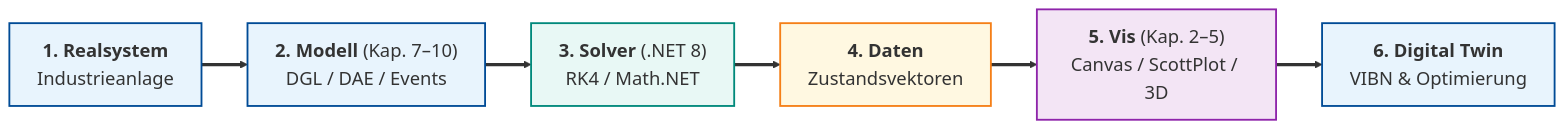
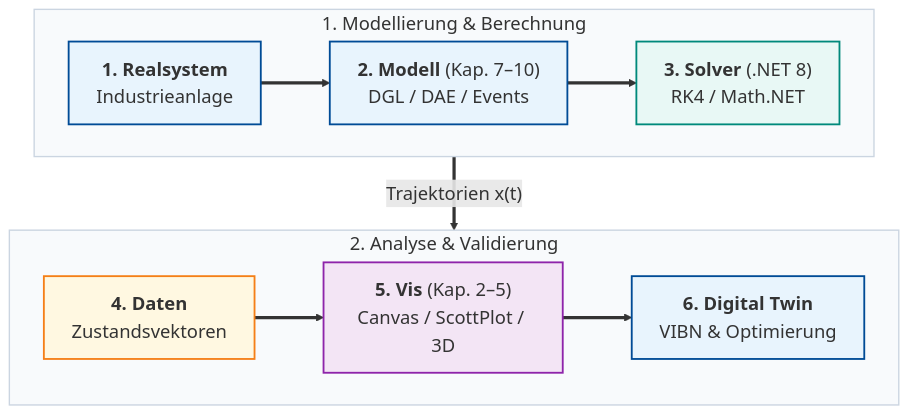
One commit to ghackenberg/kurs-computer-simulation changed the diagram in Folien/11_Epilog/Diagramme/Simulationsprozess_Synthese.mmd. Above: the diagram before and after it, drawn with Mermaid. The commit also changed 38 other files, not shown here.

```diff
--- a/Folien/11_Epilog/Diagramme/Simulationsprozess_Synthese.mmd
+++ b/Folien/11_Epilog/Diagramme/Simulationsprozess_Synthese.mmd
@@ -1,11 +1,22 @@
 %%{init: {'themeVariables': {'fontSize': '20px'}}}%%
-flowchart LR
-    R["<b>1. Realsystem</b><br/>Industrieanlage"] ==> M["<b>2. Modell</b> (Kap. 7–10)<br/>DGL / DAE / Events"] ==> S["<b>3. Solver</b> (.NET 8)<br/>RK4 / Math.NET"]
-    S ==> D["<b>4. Daten</b><br/>Zustandsvektoren"] ==> V["<b>5. Vis</b> (Kap. 2–5)<br/>Canvas / ScottPlot / 3D"] ==> Z["<b>6. Digital Twin</b><br/>VIBN & Optimierung"]
+flowchart TD
+    subgraph Stufe1 ["1. Modellierung & Berechnung"]
+        direction LR
+        R["<b>1. Realsystem</b><br/>Industrieanlage"] ==> M["<b>2. Modell</b> (Kap. 7–10)<br/>DGL / DAE / Events"] ==> S["<b>3. Solver</b> (.NET 8)<br/>RK4 / Math.NET"]
+    end
+
+    subgraph Stufe2 ["2. Analyse & Validierung"]
+        direction LR
+        D["<b>4. Daten</b><br/>Zustandsvektoren"] ==> V["<b>5. Vis</b> (Kap. 2–5)<br/>Canvas / ScottPlot / 3D"] ==> Z["<b>6. Digital Twin</b><br/>VIBN & Optimierung"]
+    end
+
+    Stufe1 ==>|"Trajektorien x(t)"| Stufe2
 
     style R fill:#e8f4fd,stroke:#004B96,stroke-width:2px
     style M fill:#e8f4fd,stroke:#004B96,stroke-width:2px
     style S fill:#e8f8f5,stroke:#00897b,stroke-width:2px
     style D fill:#fff8e1,stroke:#f57f17,stroke-width:2px
     style V fill:#f3e5f5,stroke:#8e24aa,stroke-width:2px
     style Z fill:#e8f4fd,stroke:#004B96,stroke-width:2px
+    style Stufe1 fill:#f8fafc,stroke:#cbd5e1,stroke-width:1.5px
+    style Stufe2 fill:#f8fafc,stroke:#cbd5e1,stroke-width:1.5px
```
